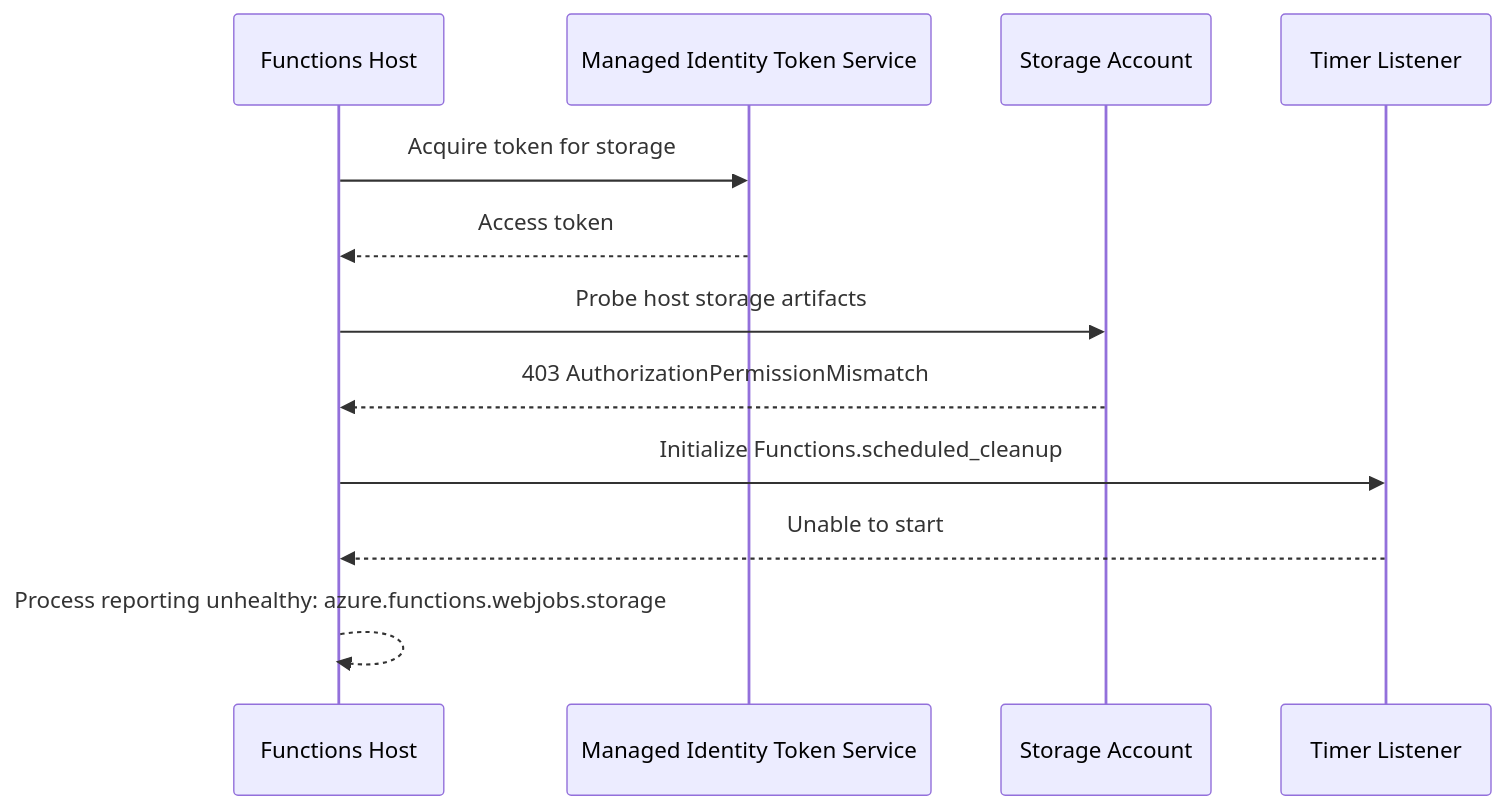
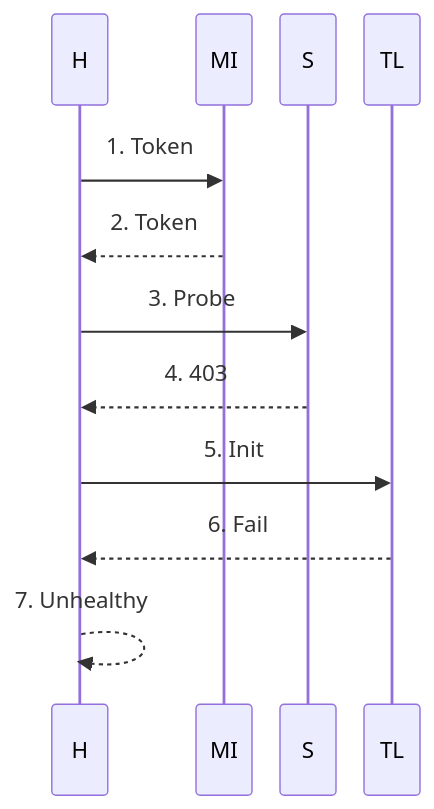
The second of 5 diagrams in docs/troubleshooting/lab-guides/storage-access-failure.md (yeongseon/azure-functions-practical-guide), drawn with Mermaid before and after one commit. The commit also changed other lines of this file and 1 other file, not shown here.

First line of the commit message:
docs(diagrams): migrate Functions lab storage network auth — storage access failure (#444)

````diff
--- a/docs/troubleshooting/lab-guides/storage-access-failure.md
+++ b/docs/troubleshooting/lab-guides/storage-access-failure.md
@@ -214,15 +208,17 @@
 ```mermaid
+%%{init: {"sequence": {"width": 40, "actorMargin": 20, "diagramMarginX": 5}}}%%
 sequenceDiagram
-    participant Host as Functions Host
-    participant MSI as Managed Identity Token Service
-    participant SA as Storage Account
-    participant Listener as Timer Listener
-
-    Host->>MSI: Acquire token for storage
-    MSI-->>Host: Access token
-    Host->>SA: Probe host storage artifacts
-    SA-->>Host: 403 AuthorizationPermissionMismatch
-    Host->>Listener: Initialize Functions.scheduled_cleanup
-    Listener-->>Host: Unable to start
-    Host-->>Host: Process reporting unhealthy: azure.functions.webjobs.storage
+    accTitle: Storage authorization failure - logical role sequence
+    accDescr: Illustrative managed-identity exchange in the original message order: the Functions host obtains a token, probes Storage, receives a 403 permission mismatch, attempts Timer listener initialization, receives an unable-to-start response and reports unhealthy storage. Logical roles are not separate Azure resources or a timestamped trace.
+    participant Host as H
+    participant MSI as MI
+    participant SA as S
+    participant Listener as TL
+    Host->>MSI: 1. Token
+    MSI-->>Host: 2. Token
+    Host->>SA: 3. Probe
+    SA-->>Host: 4. 403
+    Host->>Listener: 5. Init
+    Listener-->>Host: 6. Fail
+    Host-->>Host: 7. Unhealthy
 ```
````
